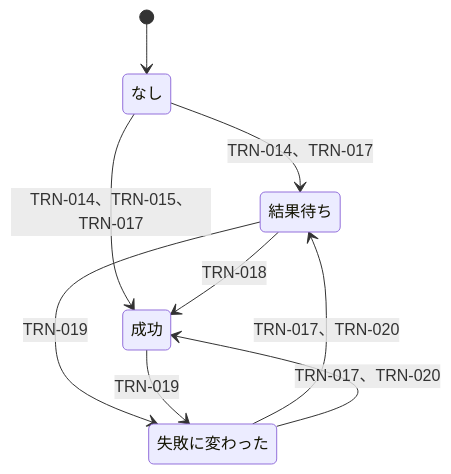
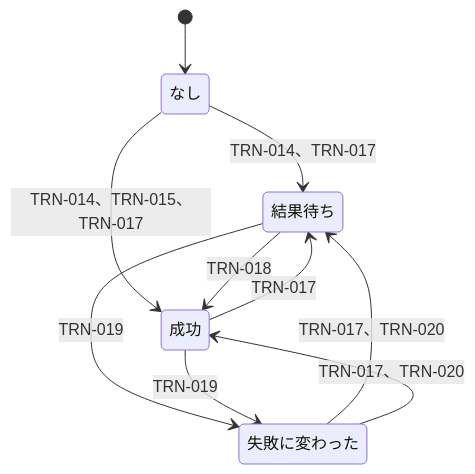
One commit to tenkunomori-emu/emu-farm-ec changed the second of 5 diagrams in docs/02-basic-design.md. Above: the diagram before and after it, drawn with Mermaid. The commit also changed other lines of this file, not shown here.

````diff
--- a/docs/02-basic-design.md
+++ b/docs/02-basic-design.md
@@ -115,15 +115,16 @@
 ```mermaid
 stateDiagram-v2
     state "なし" as R0
     state "結果待ち" as R1
     state "成功" as R2
     state "失敗に変わった" as R3
     [*] --> R0
     R0 --> R1: TRN-014、TRN-017
     R0 --> R2: TRN-014、TRN-015、TRN-017
     R1 --> R2: TRN-018
     R1 --> R3: TRN-019
     R2 --> R3: TRN-019
+    R2 --> R1: TRN-017
     R3 --> R1: TRN-017、TRN-020
     R3 --> R2: TRN-017、TRN-020
 ```
````
